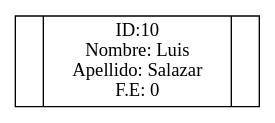
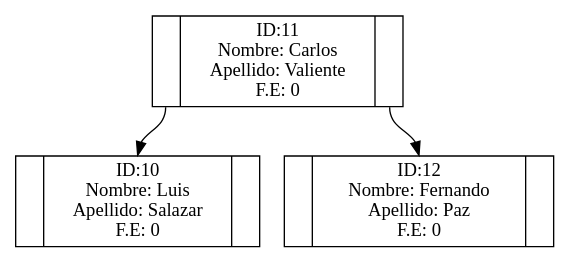
The diagram in Graphviz/arbolChoferes.dot (Luiskr1993/Proyecto1s22015_201122864a), drawn with Graphviz before and after one commit. The commit also changed 13 other files, not shown here.

```diff
--- a/Graphviz/arbolChoferes.dot
+++ b/Graphviz/arbolChoferes.dot
@@ -1,4 +1,8 @@
 digraph Arbol{
 node [shape=record];
+n_11[label = "<izq> |<dat> ID:11 \n Nombre: Carlos \n Apellido: Valiente\n F.E:  0 |<der>"]
+n_11:izq -> n_10:dat;
 n_10[label = "<izq> |<dat> ID:10 \n Nombre: Luis \n Apellido: Salazar\n F.E:  0 |<der>"]
+n_11:der -> n_12:dat;
+n_12[label = "<izq> |<dat> ID:12 \n Nombre: Fernando \n Apellido: Paz\n F.E:  0 |<der>"]
 }
```
